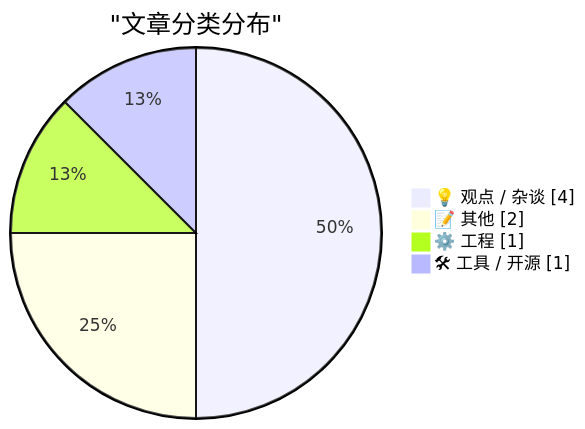
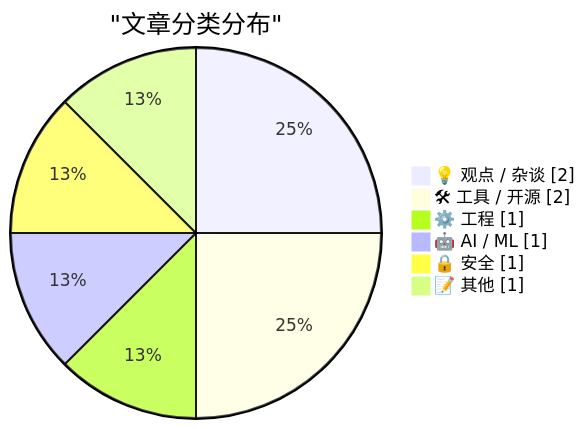
One commit to originem0/SZBlog changed the first of 2 diagrams in content/ai-daily/2026-04-12.md. Above: the diagram before and after it, drawn with Mermaid. The commit also changed other lines of this file, not shown here.

````diff
--- a/content/ai-daily/2026-04-12.md
+++ b/content/ai-daily/2026-04-12.md
@@ -60,8 +54,10 @@
 ```mermaid
 pie showData
     title "文章分类分布"
-    "💡 观点 / 杂谈" : 4
-    "📝 其他" : 2
+    "💡 观点 / 杂谈" : 2
+    "🛠 工具 / 开源" : 2
     "⚙️ 工程" : 1
-    "🛠 工具 / 开源" : 1
+    "🤖 AI / ML" : 1
+    "🔒 安全" : 1
+    "📝 其他" : 1
 ```
````
